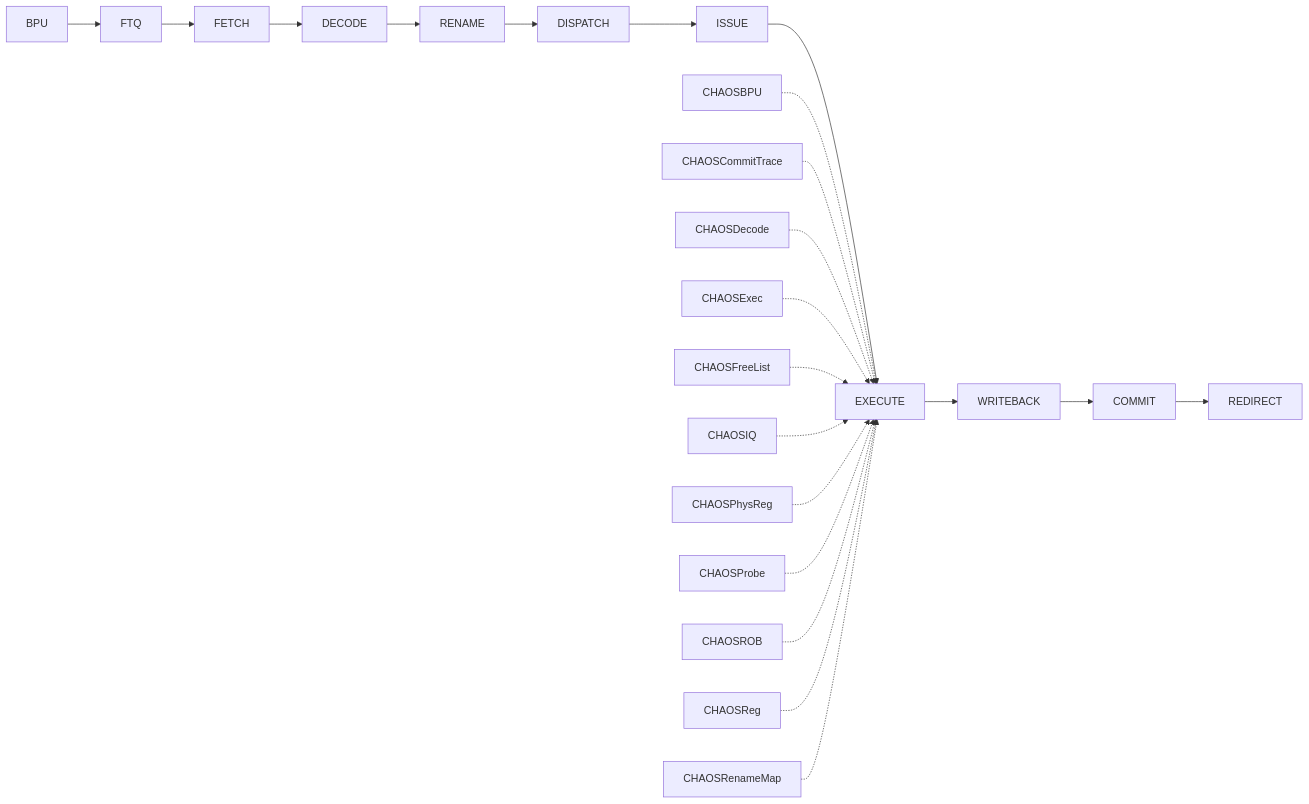
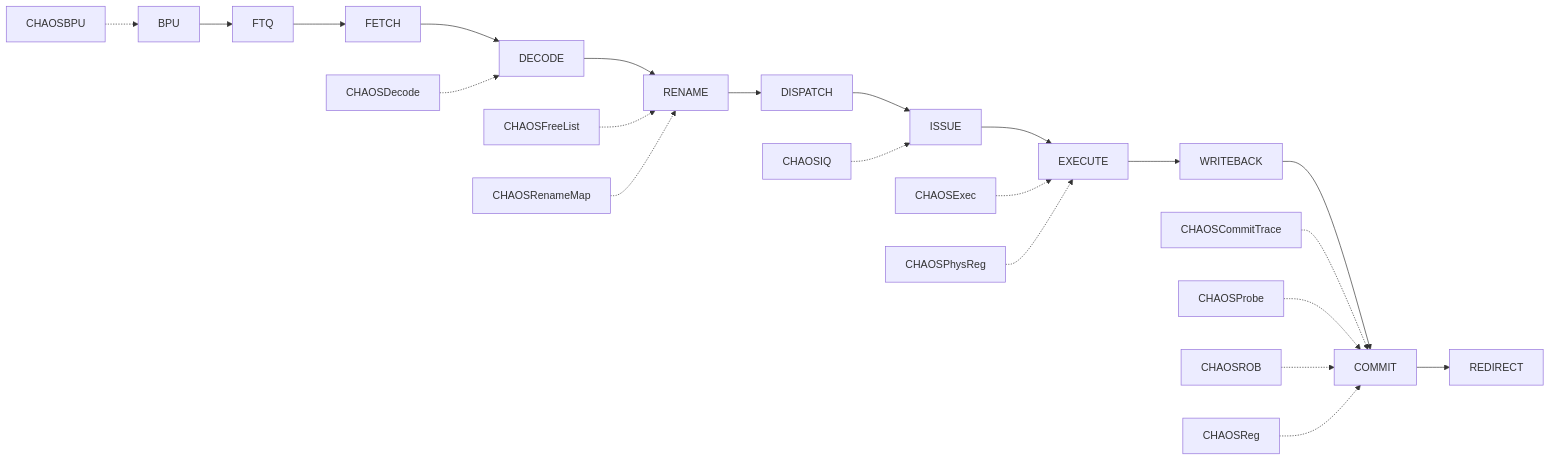
Before and after one commit to wangxumarshall/gem5-fi: the diagram in docs/cpu/o3-atlas/pages/Branch-RET.md, drawn with Mermaid. The commit also changed other lines of this file and 300 other files, not shown here.

````diff
--- a/docs/cpu/o3-atlas/pages/Branch-RET.md
+++ b/docs/cpu/o3-atlas/pages/Branch-RET.md
@@ -8,35 +8,35 @@
 ```mermaid
 flowchart LR
     N0[BPU]
     N1[FTQ]
     N2[FETCH]
     N3[DECODE]
     N4[RENAME]
     N5[DISPATCH]
     N6[ISSUE]
     N7[EXECUTE]
     N8[WRITEBACK]
     N9[COMMIT]
     N10[REDIRECT]
     N0 --> N1
     N1 --> N2
     N2 --> N3
     N3 --> N4
     N4 --> N5
     N5 --> N6
     N6 --> N7
     N7 --> N8
     N8 --> N9
     N9 --> N10
-    I0[CHAOSBPU] -.-> N7
-    I1[CHAOSCommitTrace] -.-> N7
-    I2[CHAOSDecode] -.-> N7
+    I0[CHAOSBPU] -.-> N0
+    I1[CHAOSCommitTrace] -.-> N9
+    I2[CHAOSDecode] -.-> N3
     I3[CHAOSExec] -.-> N7
-    I4[CHAOSFreeList] -.-> N7
-    I5[CHAOSIQ] -.-> N7
+    I4[CHAOSFreeList] -.-> N4
+    I5[CHAOSIQ] -.-> N6
     I6[CHAOSPhysReg] -.-> N7
-    I7[CHAOSProbe] -.-> N7
-    I8[CHAOSROB] -.-> N7
-    I9[CHAOSReg] -.-> N7
-    I10[CHAOSRenameMap] -.-> N7
+    I7[CHAOSProbe] -.-> N9
+    I8[CHAOSROB] -.-> N9
+    I9[CHAOSReg] -.-> N9
+    I10[CHAOSRenameMap] -.-> N4
 ```
````
